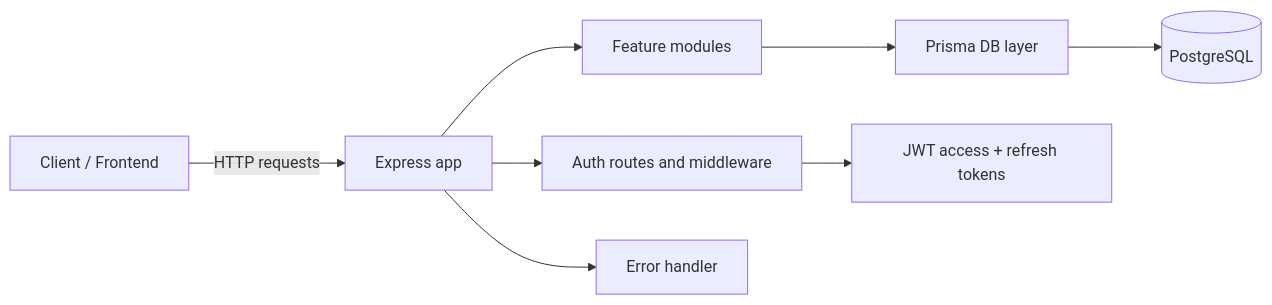
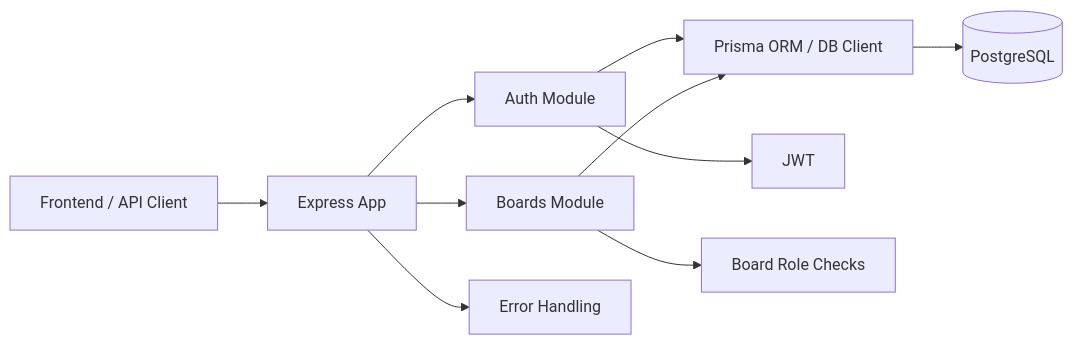
Before and after one commit to SurvivorO/SyncBoard-server: the diagram in md guides/ARCHITECTURE.md, drawn with Mermaid. The commit also changed other lines of this file, not shown here.

Commit message:
docs: update architecture to current implementation state

````diff
--- a/md guides/ARCHITECTURE.md
+++ b/md guides/ARCHITECTURE.md
@@ -7,10 +37,16 @@
 ```mermaid
 flowchart LR
-  Client[Client / Frontend] -->|HTTP requests| App[Express app]
-  App --> Auth[Auth routes and middleware]
-  App --> Modules[Feature modules]
-  Modules --> Prisma[Prisma DB layer]
-  Prisma --> Postgres[(PostgreSQL)]
-  Auth --> JWT[JWT access + refresh tokens]
-  App --> Errors[Error handler]
+    Client[Frontend / API Client]
+        --> App[Express App]
+
+    App --> Auth[Auth Module]
+    App --> Boards[Boards Module]
+    App --> Errors[Error Handling]
+
+    Auth --> DB[Prisma ORM / DB Client]
+    Boards --> DB
+    DB --> PG[(PostgreSQL)]
+
+    Auth --> JWT[JWT]
+    Boards --> Permissions[Board Role Checks]
 ```
````
